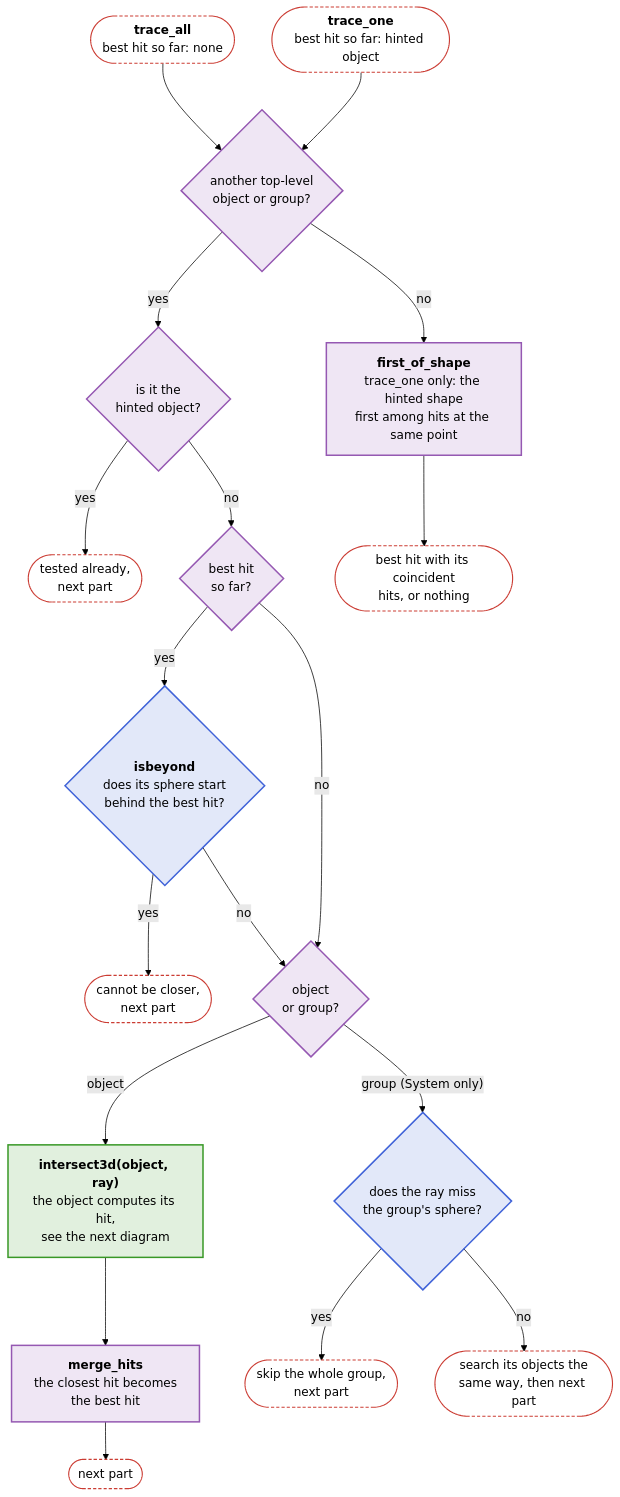
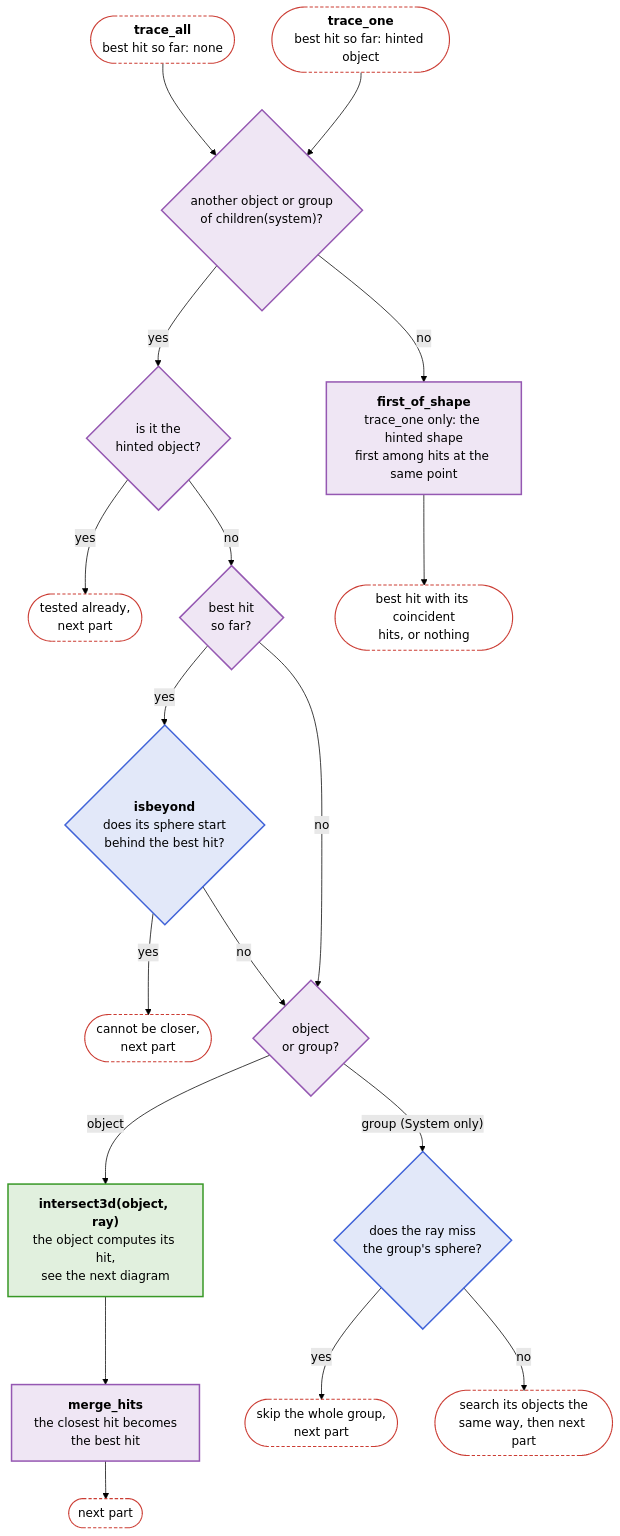
The second of 7 diagrams in docs/src/api/core.md (JuliaPhysics/BeamletOptics.jl), drawn with Mermaid (forest theme) before and after one commit. The commit also changed other lines of this file and 9 other files, not shown here.

First line of the commit message:
Internal: AbstractTrees.children(system) replaces _top_level (#234)

````diff
--- a/docs/src/api/core.md
+++ b/docs/src/api/core.md
@@ -72,44 +72,44 @@
 ```mermaid
 flowchart TB
     EA(["<b>trace_all</b><br/>best hit so far: none"])
     EO(["<b>trace_one</b><br/>best hit so far: hinted object"])
-    N{"another top-level<br/>object or group?"}
+    N{"another object or group<br/>of children(system)?"}
     H{"is it the<br/>hinted object?"}
     BH{"best hit<br/>so far?"}
     BY{"<b>isbeyond</b><br>does its sphere start<br/>behind the best hit?<br/><i></i>"}
     K{"object<br/>or group?"}
     GM{"does the ray miss<br/>the group's sphere?"}
     O["<b>intersect3d(object, ray)</b><br/>the object computes its hit,<br/>see the next diagram"]
     M["<b>merge_hits</b><br/>the closest hit becomes <br>the best hit"]
     FS["<b>first_of_shape</b><br/>trace_one only: the hinted shape<br/>first among hits at the same point"]
     R(["best hit with its coincident<br/>hits, or nothing"])
     B1(["tested already,<br/>next part"])
     B2(["cannot be closer,<br/>next part"])
     B3(["skip the whole group,<br/>next part"])
     B4(["search its objects the<br/>same way, then next part"])
     B5(["next part"])
 
     EA --> N
     EO --> N
     N -- yes --> H
     N -- no --> FS --> R
     H -- yes --> B1
     H -- no --> BH
     BH -- yes --> BY
     BH -- no --> K
     BY -- yes --> B2
     BY -- no --> K
     K -- "object" --> O --> M --> B5
     K -- "group (System only)" --> GM
     GM -- yes --> B3
     GM -- no --> B4
 
     classDef blue fill:#4063D826,stroke:#4063D8,stroke-width:2px
     classDef green fill:#38982626,stroke:#389826,stroke-width:2px
     classDef purple fill:#9558B226,stroke:#9558B2,stroke-width:2px
     classDef terminal fill:transparent,stroke:#CB3C33,stroke-width:1.5px,stroke-dasharray:4 3
     class N,H,BH,K,M,FS purple
     class BY,GM blue
     class O green
     class EA,EO,R,B1,B2,B3,B4,B5 terminal
 ```
````
